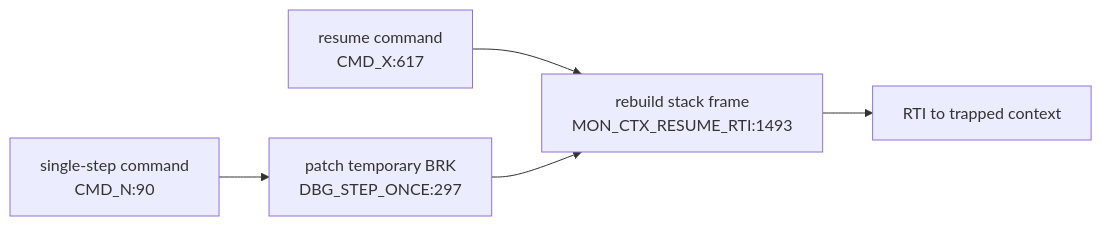
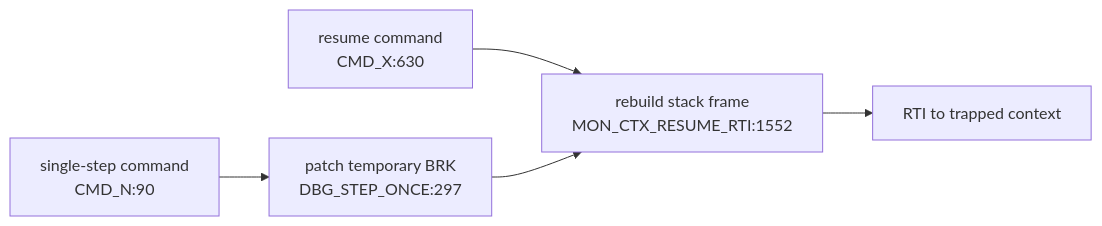
One commit to 95westus/R-YORS changed the sixth of 6 diagrams in DOC/GENERATED/INTERRUPT_VECTOR_MAP.md. Above: the diagram before and after it, drawn with Mermaid. The commit also changed other lines of this file and 42 other files, not shown here.

````diff
--- a/DOC/GENERATED/INTERRUPT_VECTOR_MAP.md
+++ b/DOC/GENERATED/INTERRUPT_VECTOR_MAP.md
@@ -92,7 +92,7 @@
 ```mermaid
 flowchart LR
-    CMDX["resume command<br/>CMD_X:617"] --> RESUME["rebuild stack frame<br/>MON_CTX_RESUME_RTI:1493"]
+    CMDX["resume command<br/>CMD_X:630"] --> RESUME["rebuild stack frame<br/>MON_CTX_RESUME_RTI:1552"]
     CMDN["single-step command<br/>CMD_N:90"] --> STEP["patch temporary BRK<br/>DBG_STEP_ONCE:297"]
     STEP --> RESUME
     RESUME --> RTIRES["RTI to trapped context"]
 ```
````
